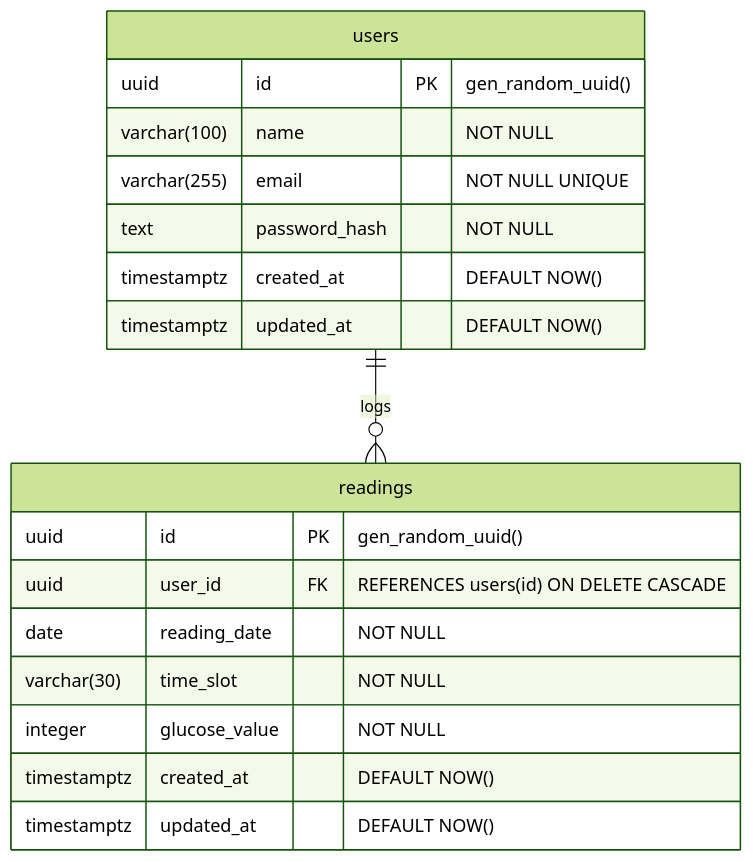
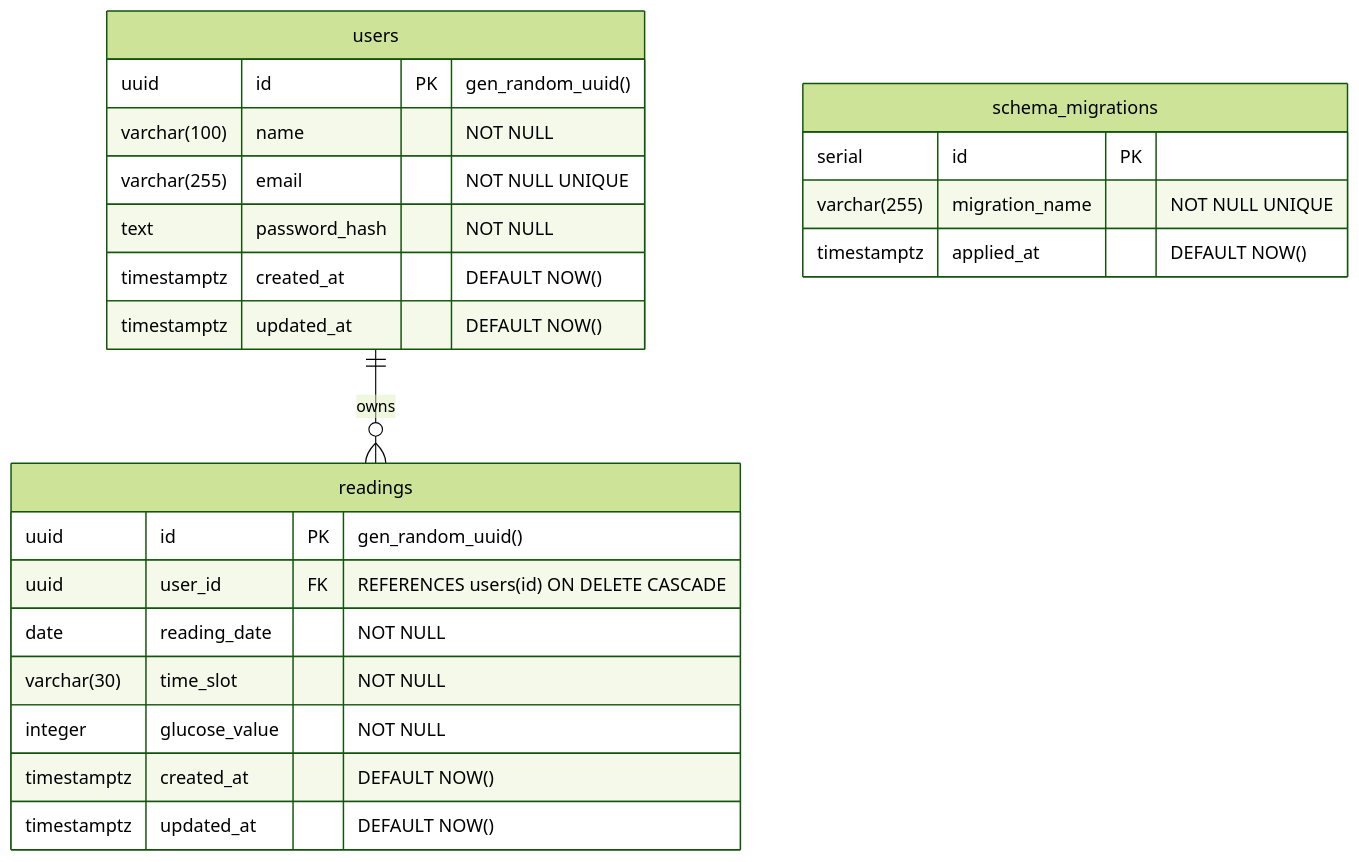
The fourth of 4 diagrams in README.md (pallu6753/sweety-glucose-tracker), drawn with Mermaid (forest theme) before and after one commit. The commit also changed other lines of this file and 4 other files, not shown here.

````diff
--- a/README.md
+++ b/README.md
@@ -77,21 +287,26 @@
 ```mermaid
 erDiagram
-    users ||--o{ readings : "logs"
+    users ||--o{ readings : "owns"
     users {
         uuid id PK "gen_random_uuid()"
         varchar(100) name "NOT NULL"
         varchar(255) email "NOT NULL UNIQUE"
         text password_hash "NOT NULL"
         timestamptz created_at "DEFAULT NOW()"
         timestamptz updated_at "DEFAULT NOW()"
     }
     readings {
         uuid id PK "gen_random_uuid()"
         uuid user_id FK "REFERENCES users(id) ON DELETE CASCADE"
         date reading_date "NOT NULL"
         varchar(30) time_slot "NOT NULL"
         integer glucose_value "NOT NULL"
         timestamptz created_at "DEFAULT NOW()"
         timestamptz updated_at "DEFAULT NOW()"
     }
+    schema_migrations {
+        serial id PK
+        varchar(255) migration_name "NOT NULL UNIQUE"
+        timestamptz applied_at "DEFAULT NOW()"
+    }
 ```
````
